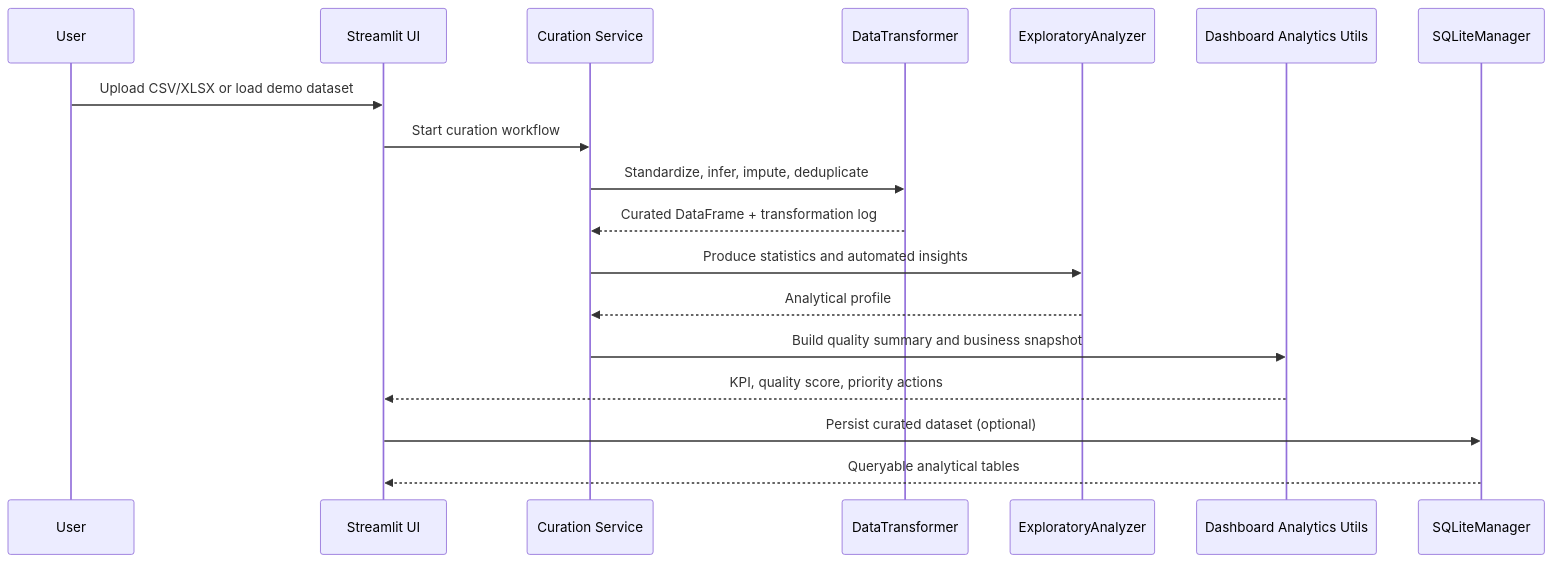
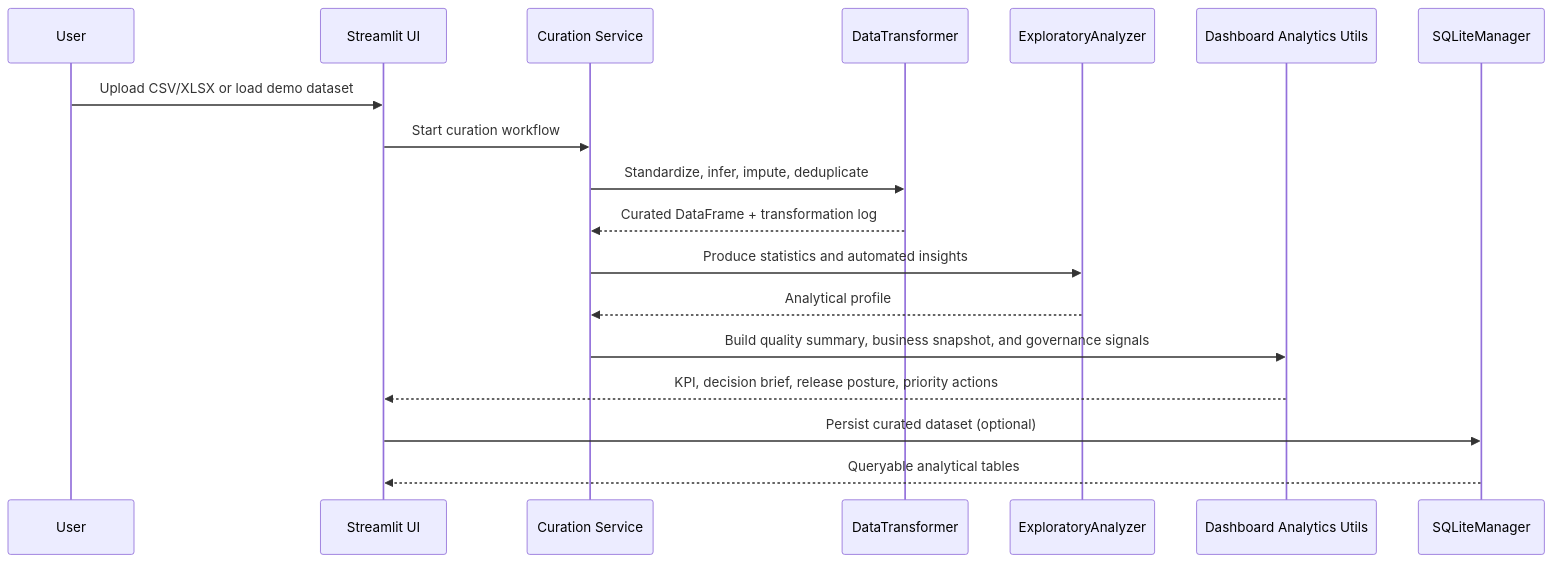
One commit to samuelmaia-analytics/data-senior-analytics changed the second of 2 diagrams in docs/ARCHITECTURE.md. Above: the diagram before and after it, drawn with Mermaid. The commit also changed other lines of this file and 7 other files, not shown here.

Commit message:
Elevate decision workflow and governance signals

````diff
--- a/docs/ARCHITECTURE.md
+++ b/docs/ARCHITECTURE.md
@@ -35,21 +36,21 @@
 ```mermaid
 sequenceDiagram
     participant U as User
     participant UI as Streamlit UI
     participant AP as Curation Service
     participant TR as DataTransformer
     participant AN as ExploratoryAnalyzer
     participant AU as Dashboard Analytics Utils
     participant DB as SQLiteManager
 
     U->>UI: Upload CSV/XLSX or load demo dataset
     UI->>AP: Start curation workflow
     AP->>TR: Standardize, infer, impute, deduplicate
     TR-->>AP: Curated DataFrame + transformation log
     AP->>AN: Produce statistics and automated insights
     AN-->>AP: Analytical profile
-    AP->>AU: Build quality summary and business snapshot
-    AU-->>UI: KPI, quality score, priority actions
+    AP->>AU: Build quality summary, business snapshot, and governance signals
+    AU-->>UI: KPI, decision brief, release posture, priority actions
     UI->>DB: Persist curated dataset (optional)
     DB-->>UI: Queryable analytical tables
 ```
````
